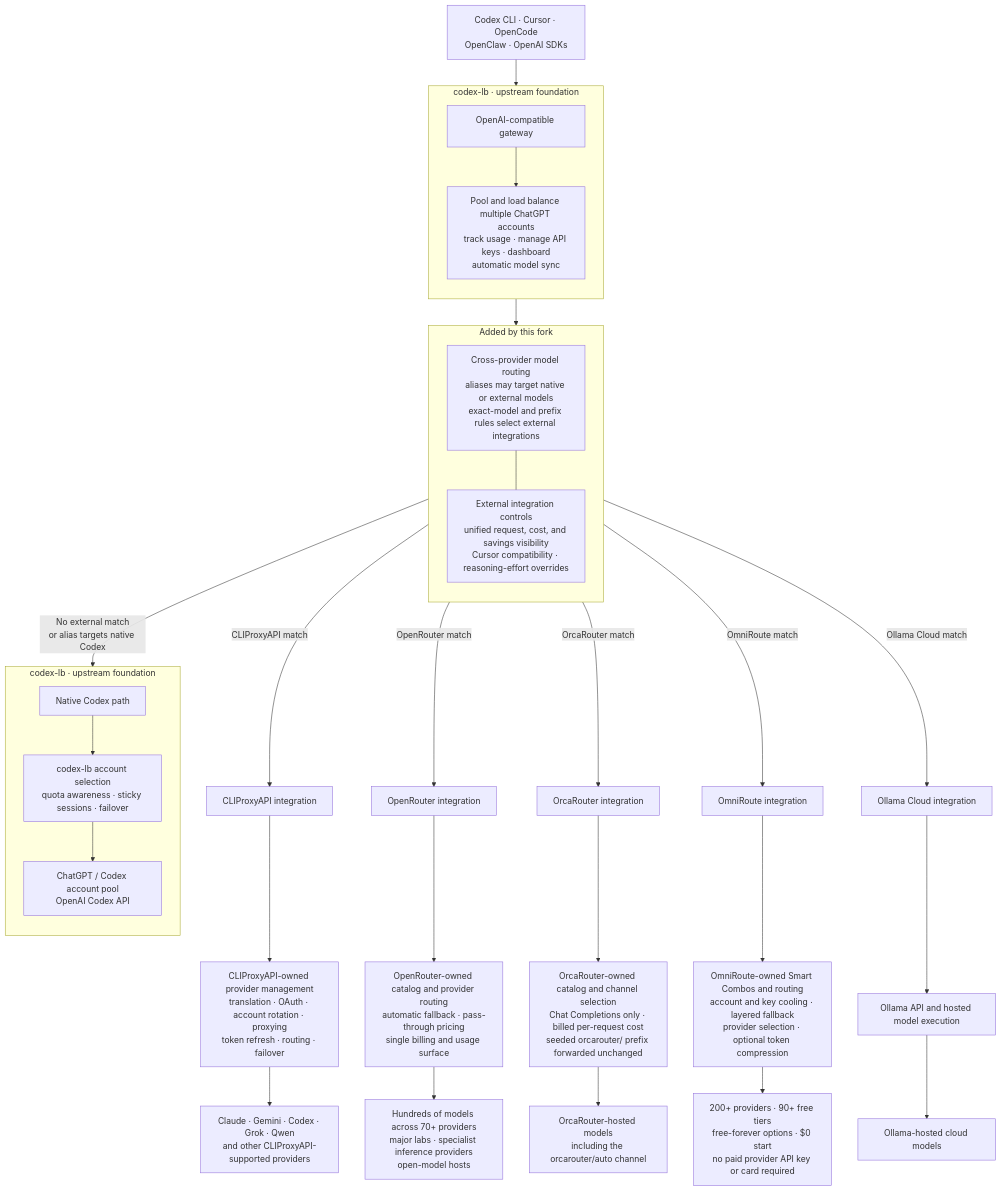
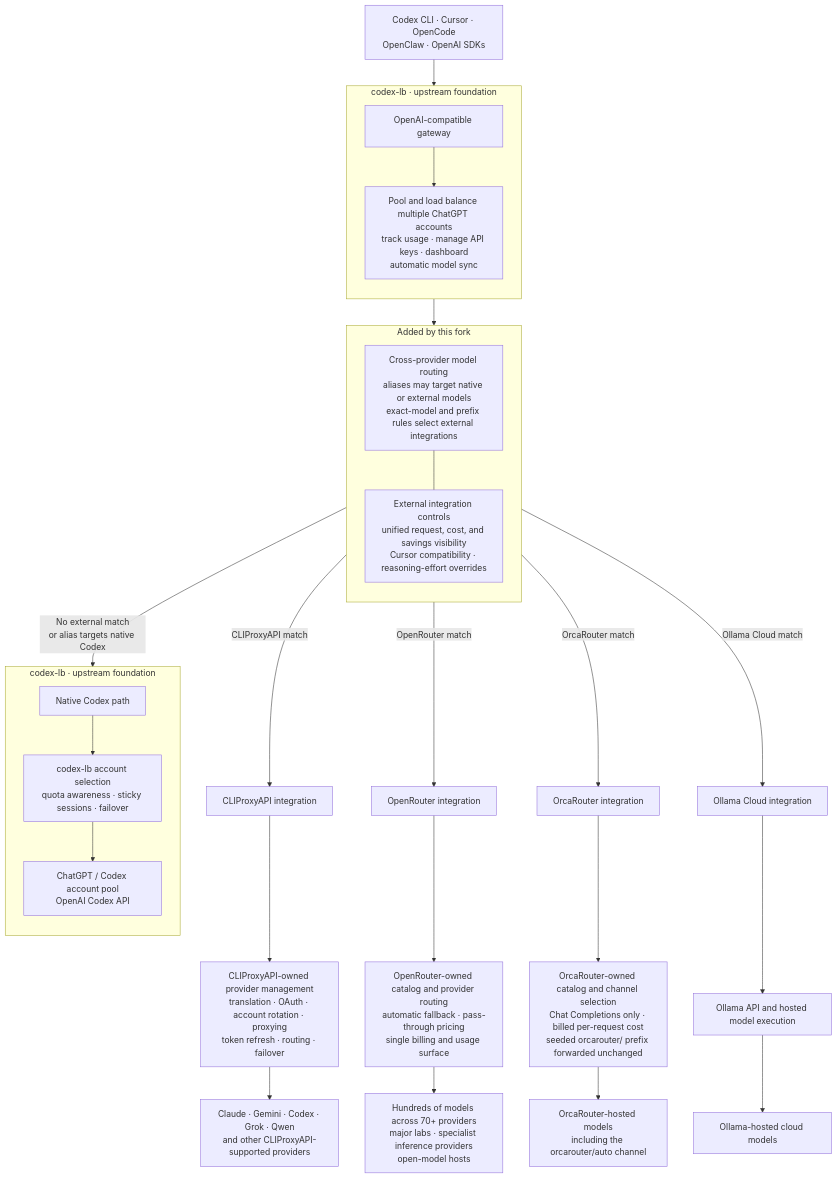
Before and after one commit to vitalNohj/codex-lb: the diagram in README.md, drawn with Mermaid. The commit also changed other lines of this file and 42 other files, not shown here.

First line of the commit message:
fix: disable OmniRoute integration across UI and API (#25)

````diff
--- a/README.md
+++ b/README.md
@@ -33,61 +33,55 @@
 ```mermaid
 flowchart TB
     Clients["Codex CLI · Cursor · OpenCode<br/>OpenClaw · OpenAI SDKs"]
 
     subgraph Foundation["codex-lb · upstream foundation"]
         direction TB
         Gateway["OpenAI-compatible gateway"]
         Core["Pool and load balance multiple ChatGPT accounts<br/>track usage · manage API keys · dashboard<br/>automatic model sync"]
         Gateway --> Core
     end
 
     subgraph Additions["Added by this fork"]
         direction TB
         Resolve["Cross-provider model routing<br/>aliases may target native or external models<br/>exact-model and prefix rules select external integrations"]
         Controls["External integration controls<br/>unified request, cost, and savings visibility<br/>Cursor compatibility · reasoning-effort overrides"]
         Resolve --- Controls
     end
 
     Clients --> Gateway
     Core --> Resolve
 
     subgraph Native["codex-lb · upstream foundation"]
         direction TB
         NativePath["Native Codex path"]
         NativeRouting["codex-lb account selection<br/>quota awareness · sticky sessions · failover"]
         NativeModels["ChatGPT / Codex account pool<br/>OpenAI Codex API"]
         NativePath --> NativeRouting --> NativeModels
     end
 
     CLI["CLIProxyAPI integration"]
     CLIRouting["CLIProxyAPI-owned provider management<br/>translation · OAuth · account rotation · proxying<br/>token refresh · routing · failover"]
     CLIModels["Claude · Gemini · Codex · Grok · Qwen<br/>and other CLIProxyAPI-supported providers"]
     CLI --> CLIRouting --> CLIModels
 
     OpenRouter["OpenRouter integration"]
     ORRouting["OpenRouter-owned catalog and provider routing<br/>automatic fallback · pass-through pricing<br/>single billing and usage surface"]
     ORModels["Hundreds of models across 70+ providers<br/>major labs · specialist inference providers<br/>open-model hosts"]
     OpenRouter --> ORRouting --> ORModels
 
     OrcaRouter["OrcaRouter integration"]
     OrcaRouting["OrcaRouter-owned catalog and channel selection<br/>Chat Completions only · billed per-request cost<br/>seeded orcarouter/ prefix forwarded unchanged"]
     OrcaModels["OrcaRouter-hosted models<br/>including the orcarouter/auto channel"]
     OrcaRouter --> OrcaRouting --> OrcaModels
 
-    OmniRoute["OmniRoute integration"]
-    OmniRouting["OmniRoute-owned Smart Combos and routing<br/>account and key cooling · layered fallback<br/>provider selection · optional token compression"]
-    OmniModels["200+ providers · 90+ free tiers<br/>free-forever options · $0 start<br/>no paid provider API key or card required"]
-    OmniRoute --> OmniRouting --> OmniModels
-
     Ollama["Ollama Cloud integration"]
     OllamaRouting["Ollama API and hosted model execution"]
     OllamaModels["Ollama-hosted cloud models"]
     Ollama --> OllamaRouting --> OllamaModels
 
     Resolve -->|"No external match<br/>or alias targets native Codex"| NativePath
     Resolve -->|"CLIProxyAPI match"| CLI
     Resolve -->|"OpenRouter match"| OpenRouter
     Resolve -->|"OrcaRouter match"| OrcaRouter
-    Resolve -->|"OmniRoute match"| OmniRoute
     Resolve -->|"Ollama Cloud match"| Ollama
 ```
````
